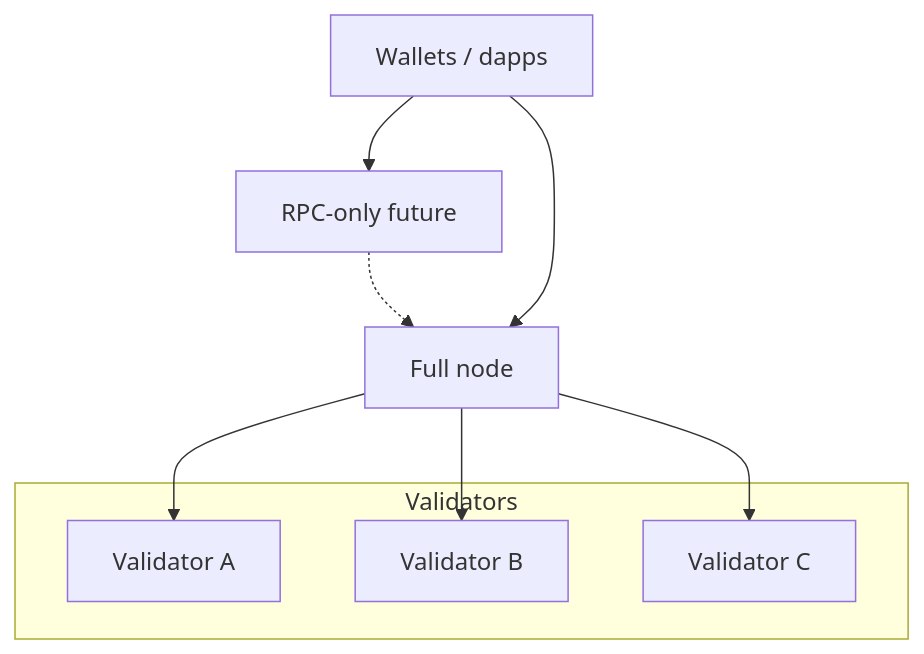
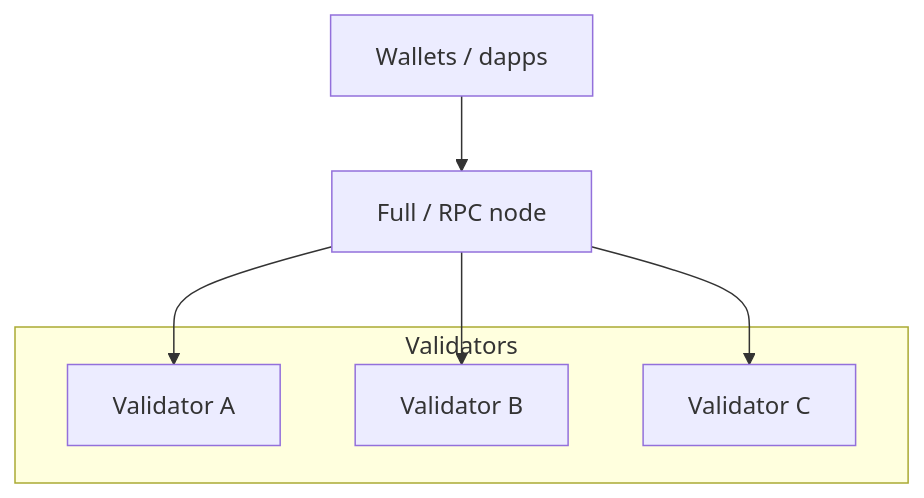
The fourth of 4 diagrams in docs/architecture/overview.md (dewnetwork/dew), drawn with Mermaid before and after one commit. The commit also changed other lines of this file and 51 other files, not shown here.

````diff
--- a/docs/architecture/overview.md
+++ b/docs/architecture/overview.md
@@ -110,14 +114,12 @@
 ```mermaid
 flowchart TB
   subgraph Validators
     V1[Validator A]
     V2[Validator B]
     V3[Validator C]
   end
-  FN[Full node] --> V1
+  FN[Full / RPC node] --> V1
   FN --> V2
   FN --> V3
-  RPC[RPC-only future] -.-> FN
-  Apps[Wallets / dapps] --> RPC
-  Apps --> FN
+  Apps[Wallets / dapps] --> FN
 ```
````
